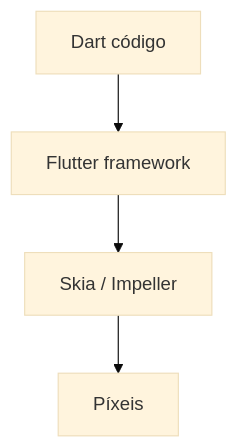
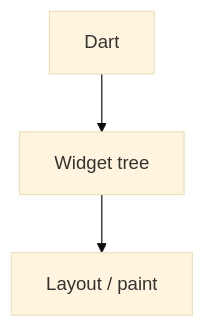
The diagram in frontend/12-flutter.md (tiagocosmai/study-materials), drawn with Mermaid (base theme) before and after one commit. The commit also changed other lines of this file and 14 other files, not shown here.

````diff
--- a/frontend/12-flutter.md
+++ b/frontend/12-flutter.md
@@ -7,7 +7,7 @@
 ```mermaid
 flowchart TB
-  DART[Dart código]
-  DART --> FW[Flutter framework]
-  FW --> ENG[Skia / Impeller]
-  ENG --> PIX[Píxeis]
+  DART[Dart]
+  W[Widget tree]
+  L[Layout / paint]
+  DART --> W --> L
 ```
````
